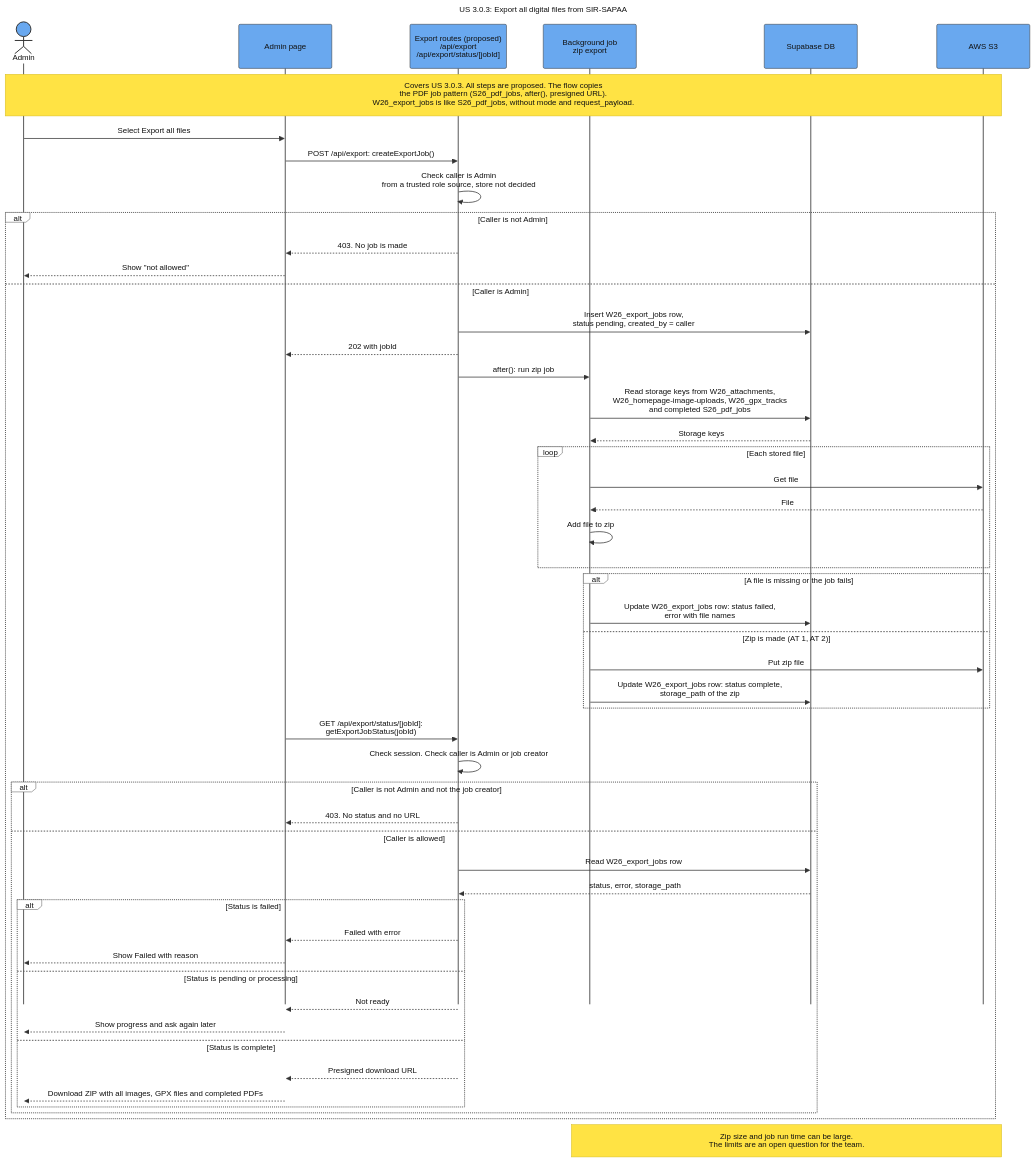
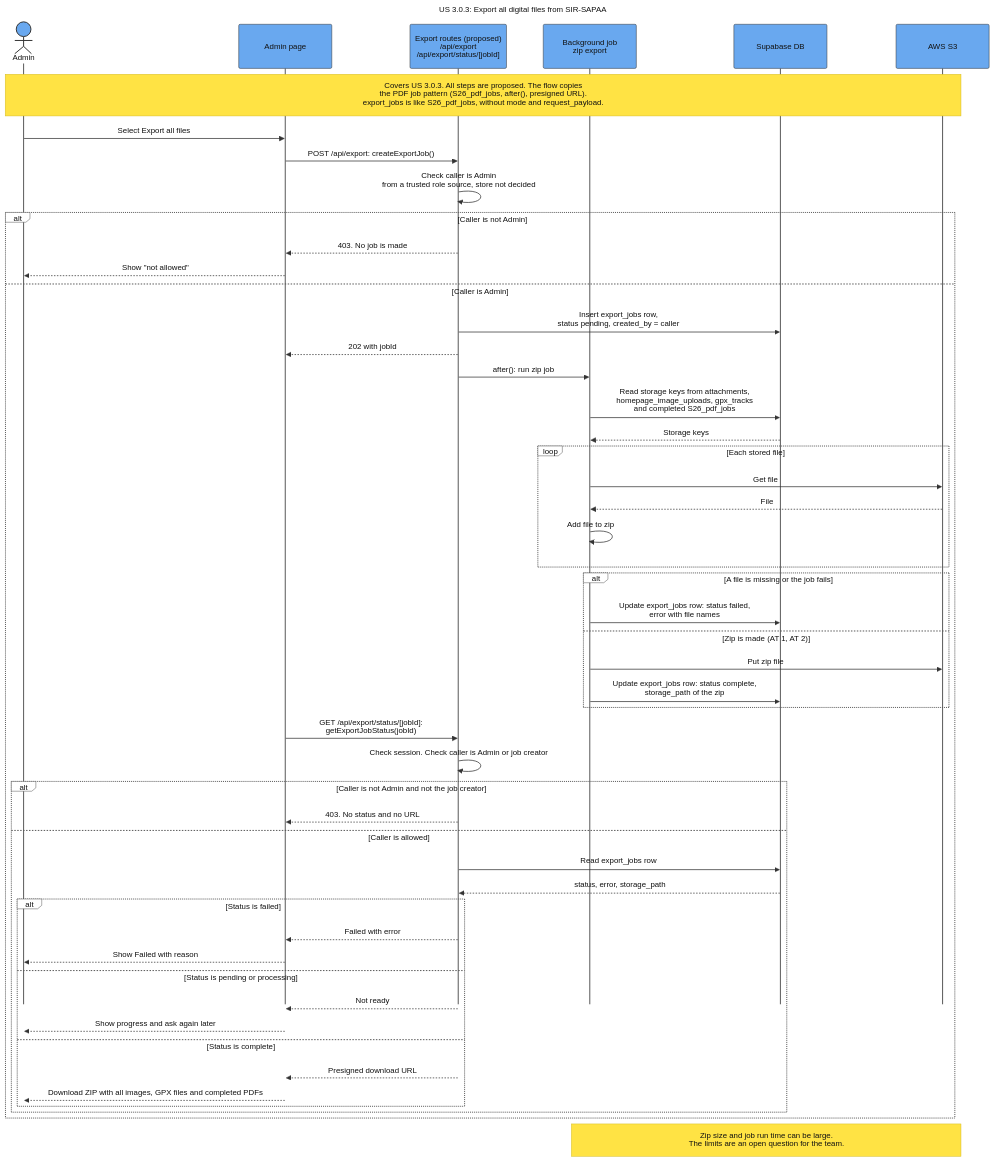
Before and after one commit to SAPAA-Dev/W26Project-SAPAA-Dev-Team: the diagram in docs/assets/Sequence_US_3_0_3_Export_All_Digital_Files.mmd, drawn with Mermaid. The commit also changed 88 other files, not shown here.

```diff
--- a/docs/assets/Sequence_US_3_0_3_Export_All_Digital_Files.mmd
+++ b/docs/assets/Sequence_US_3_0_3_Export_All_Digital_Files.mmd
@@ -1,96 +1,96 @@
 ---
 title: "US 3.0.3: Export all digital files from SIR-SAPAA"
 config:
   theme: base
   sequence:
     actorMargin: 75
     boxMargin: 12
     diagramMarginX: 45
     diagramMarginY: 30
     messageMargin: 40
     noteMargin: 16
     mirrorActors: false
     width: 190
     height: 90
   themeVariables:
     background: "#ffffff"
     primaryColor: "#69a8ef"
     primaryBorderColor: "#333333"
     primaryTextColor: "#111111"
     actorBkg: "#69a8ef"
     actorBorder: "#333333"
     actorTextColor: "#111111"
     actorLineColor: "#555555"
     signalColor: "#333333"
     signalTextColor: "#111111"
     activationBkgColor: "#cdd3db"
     activationBorderColor: "#cdd3db"
     noteBkgColor: "#ffe344"
     noteBorderColor: "#d4ba24"
     noteTextColor: "#111111"
     labelBoxBkgColor: "#ffffff"
     labelBoxBorderColor: "#555555"
     labelTextColor: "#111111"
     loopTextColor: "#111111"
     altBackground: "#ffffff"
   themeCSS: |
     .actor-line {
       stroke-dasharray: 10 10 !important;
       stroke-width: 1.25px !important;
     }
 ---
 sequenceDiagram
     autonumber off
     actor Admin
     participant Page as Admin page
     participant Api as Export routes (proposed)<br/>/api/export<br/>/api/export/status/[jobId]
     participant Job as Background job<br/>zip export
     participant DB as Supabase DB
     participant S3 as AWS S3
 
-    Note over Admin,S3: Covers US 3.0.3. All steps are proposed. The flow copies<br/>the PDF job pattern (S26_pdf_jobs, after(), presigned URL).<br/>W26_export_jobs is like S26_pdf_jobs, without mode and request_payload.
+    Note over Admin,S3: Covers US 3.0.3. All steps are proposed. The flow copies<br/>the PDF job pattern (S26_pdf_jobs, after(), presigned URL).<br/>export_jobs is like S26_pdf_jobs, without mode and request_payload.
 
     Admin->>Page: Select Export all files
     Page->>Api: POST /api/export: createExportJob()
     Api->>Api: Check caller is Admin<br/>from a trusted role source, store not decided
     alt Caller is not Admin
         Api-->>Page: 403. No job is made
         Page-->>Admin: Show "not allowed"
     else Caller is Admin
-        Api->>DB: Insert W26_export_jobs row,<br/>status pending, created_by = caller
+        Api->>DB: Insert export_jobs row,<br/>status pending, created_by = caller
         Api-->>Page: 202 with jobId
         Api->>Job: after(): run zip job
-        Job->>DB: Read storage keys from W26_attachments,<br/>W26_homepage-image-uploads, W26_gpx_tracks<br/>and completed S26_pdf_jobs
+        Job->>DB: Read storage keys from attachments,<br/>homepage_image_uploads, gpx_tracks<br/>and completed S26_pdf_jobs
         DB-->>Job: Storage keys
         loop Each stored file
             Job->>S3: Get file
             S3-->>Job: File
             Job->>Job: Add file to zip
         end
         alt A file is missing or the job fails
-            Job->>DB: Update W26_export_jobs row: status failed,<br/>error with file names
+            Job->>DB: Update export_jobs row: status failed,<br/>error with file names
         else Zip is made (AT 1, AT 2)
             Job->>S3: Put zip file
-            Job->>DB: Update W26_export_jobs row: status complete,<br/>storage_path of the zip
+            Job->>DB: Update export_jobs row: status complete,<br/>storage_path of the zip
         end
         Page->>Api: GET /api/export/status/[jobId]:<br/>getExportJobStatus(jobId)
         Api->>Api: Check session. Check caller is Admin or job creator
         alt Caller is not Admin and not the job creator
             Api-->>Page: 403. No status and no URL
         else Caller is allowed
-            Api->>DB: Read W26_export_jobs row
+            Api->>DB: Read export_jobs row
             DB-->>Api: status, error, storage_path
             alt Status is failed
                 Api-->>Page: Failed with error
                 Page-->>Admin: Show Failed with reason
             else Status is pending or processing
                 Api-->>Page: Not ready
                 Page-->>Admin: Show progress and ask again later
             else Status is complete
                 Api-->>Page: Presigned download URL
                 Page-->>Admin: Download ZIP with all images, GPX files and completed PDFs
             end
         end
     end
 
     Note over Job,S3: Zip size and job run time can be large.<br/>The limits are an open question for the team.
```
